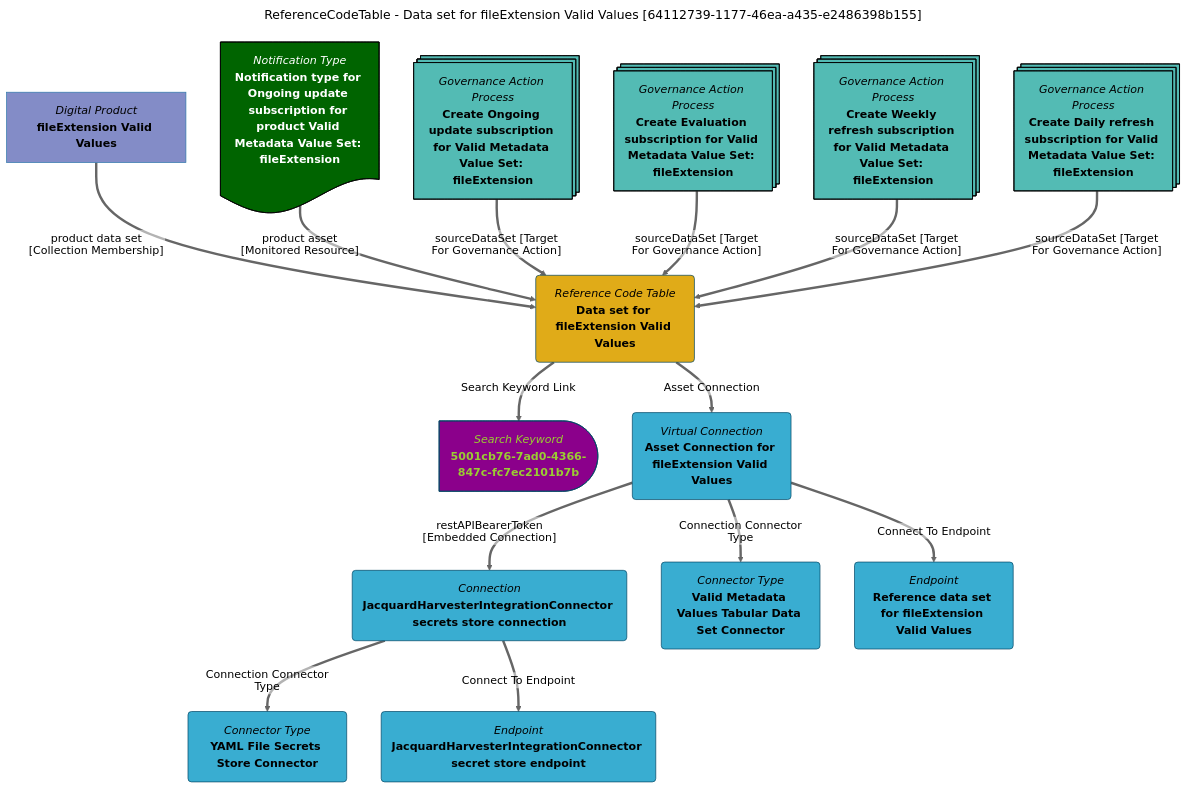
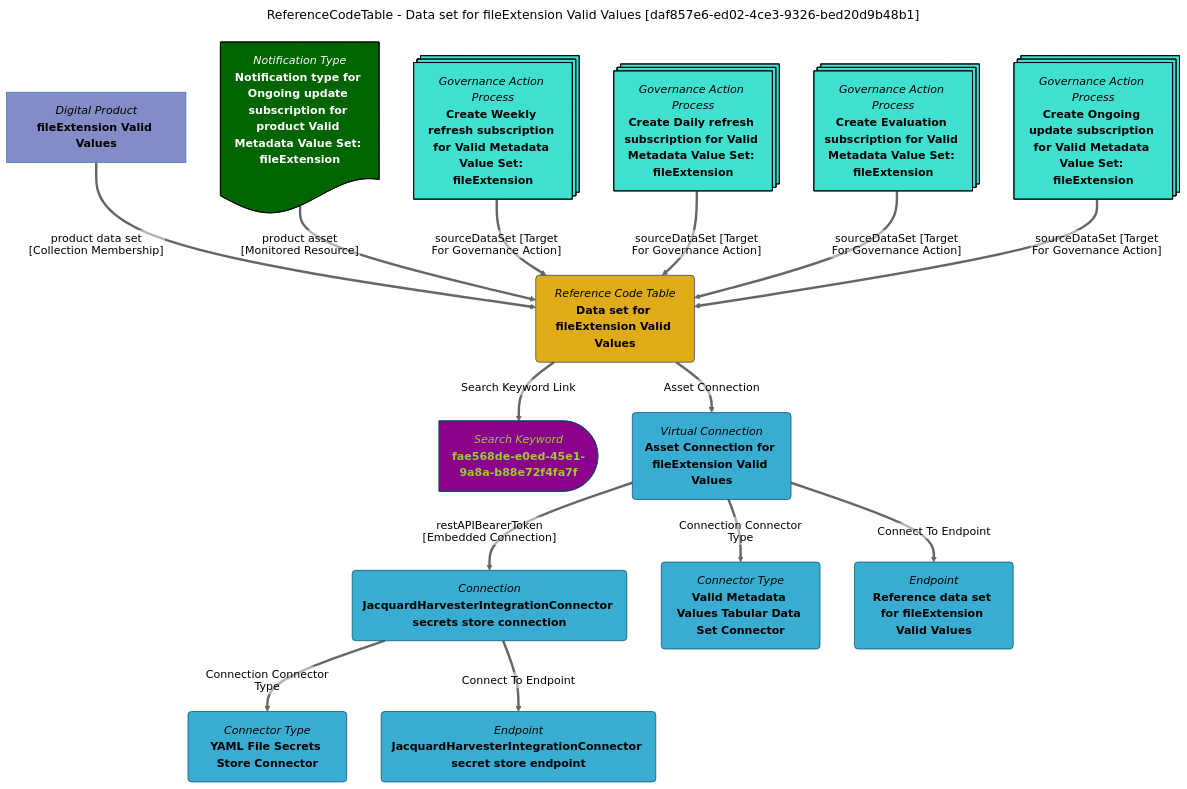
One commit to odpi/egeria-docs changed the diagram in site/snippets/data-assets/data-set-for-fileextension-valid-values-mermaid-graph.md. Above: the diagram before and after it, drawn with Mermaid (neutral theme). The commit also changed 2201 other files, not shown here.

````diff
--- a/site/snippets/data-assets/data-set-for-fileextension-valid-values-mermaid-graph.md
+++ b/site/snippets/data-assets/data-set-for-fileextension-valid-values-mermaid-graph.md
@@ -1,63 +1,63 @@
 ```mermaid
 ---
-title: ReferenceCodeTable - Data set for fileExtension Valid Values [64112739-1177-46ea-a435-e2486398b155]
+title: ReferenceCodeTable - Data set for fileExtension Valid Values [daf857e6-ed02-4ce3-9326-bed20d9b48b1]
 ---
 flowchart TD
 %%{init: {"flowchart": {"htmlLabels": false}} }%%
 
 1@{ shape: rounded, label: "*Reference Code Table*
 **Data set for fileExtension Valid Values**"}
 2@{ shape: delay, label: "*Search Keyword*
-**5001cb76-7ad0-4366-847c-fc7ec2101b7b**"}
+**fae568de-e0ed-45e1-9a8a-b88e72f4fa7f**"}
 1==>|"Search Keyword Link"|2
 3@{ shape: rect, label: "*Digital Product*
 **fileExtension Valid Values**"}
 3==>|"product data set [Collection Membership]"|1
 4@{ shape: rounded, label: "*Virtual Connection*
 **Asset Connection for fileExtension Valid Values**"}
 1==>|"Asset Connection"|4
 5@{ shape: rounded, label: "*Connection*
 **JacquardHarvesterIntegrationConnector secrets store connection**"}
 4==>|"restAPIBearerToken [Embedded Connection]"|5
 6@{ shape: rounded, label: "*Connector Type*
 **YAML File Secrets Store Connector**"}
 5==>|"Connection Connector Type"|6
 7@{ shape: rounded, label: "*Endpoint*
 **JacquardHarvesterIntegrationConnector secret store endpoint**"}
 5==>|"Connect To Endpoint"|7
 8@{ shape: rounded, label: "*Connector Type*
 **Valid Metadata Values Tabular Data Set Connector**"}
 4==>|"Connection Connector Type"|8
 9@{ shape: rounded, label: "*Endpoint*
 **Reference data set for fileExtension Valid Values**"}
 4==>|"Connect To Endpoint"|9
 10@{ shape: doc, label: "*Notification Type*
 **Notification type for Ongoing update subscription for product Valid Metadata Value Set: fileExtension**"}
 10==>|"product asset [Monitored Resource]"|1
 11@{ shape: processes, label: "*Governance Action Process*
-**Create Ongoing update subscription for Valid Metadata Value Set: fileExtension**"}
+**Create Weekly refresh subscription for Valid Metadata Value Set: fileExtension**"}
 11==>|"sourceDataSet [Target For Governance Action]"|1
 12@{ shape: processes, label: "*Governance Action Process*
-**Create Evaluation subscription for Valid Metadata Value Set: fileExtension**"}
+**Create Daily refresh subscription for Valid Metadata Value Set: fileExtension**"}
 12==>|"sourceDataSet [Target For Governance Action]"|1
 13@{ shape: processes, label: "*Governance Action Process*
-**Create Weekly refresh subscription for Valid Metadata Value Set: fileExtension**"}
+**Create Evaluation subscription for Valid Metadata Value Set: fileExtension**"}
 13==>|"sourceDataSet [Target For Governance Action]"|1
 14@{ shape: processes, label: "*Governance Action Process*
-**Create Daily refresh subscription for Valid Metadata Value Set: fileExtension**"}
+**Create Ongoing update subscription for Valid Metadata Value Set: fileExtension**"}
 14==>|"sourceDataSet [Target For Governance Action]"|1
-style 11 color:#000000, fill:#53bbb4, stroke:#000000
-style 12 color:#000000, fill:#53bbb4, stroke:#000000
-style 13 color:#000000, fill:#53bbb4, stroke:#000000
-style 14 color:#000000, fill:#53bbb4, stroke:#000000
+style 11 color:#000000, fill:#40E0D0, stroke:#000000
+style 12 color:#000000, fill:#40E0D0, stroke:#000000
+style 13 color:#000000, fill:#40E0D0, stroke:#000000
+style 14 color:#000000, fill:#40E0D0, stroke:#000000
 style 1 color:#000000, fill:#e0ab18, stroke:#004563
-style 2 color:#9acd32, fill:#8b008b, stroke:#004563
+style 2 color:#9ACD32, fill:#8B008B, stroke:#004563
 style 3 color:#000000, fill:#838cc7, stroke:#3079ab
 style 4 color:#000000, fill:#39add1, stroke:#004563
 style 5 color:#000000, fill:#39add1, stroke:#004563
 style 6 color:#000000, fill:#39add1, stroke:#004563
 style 7 color:#000000, fill:#39add1, stroke:#004563
 style 8 color:#000000, fill:#39add1, stroke:#004563
 style 9 color:#000000, fill:#39add1, stroke:#004563
 style 10 color:#FFFFFF, fill:#006400, stroke:#000000
 ```
````
